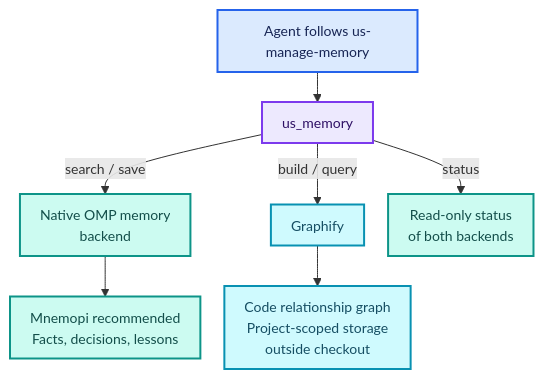
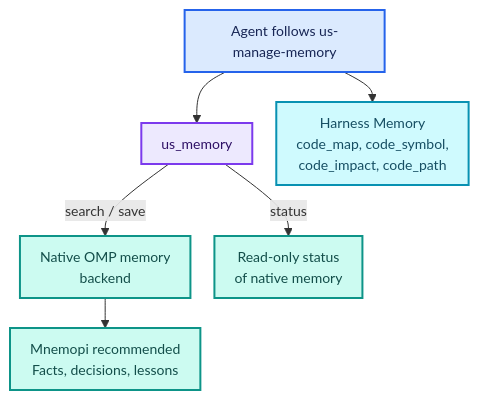
One commit to MSpiechowicz/harness-useful-skills changed the second of 2 diagrams in README.md. Above: the diagram before and after it, drawn with Mermaid. The commit also changed other lines of this file and 327 other files, not shown here.

First line of the commit message:
feat(code-graph): retire Graphify, nudge agents to the harness-memory code tools

````diff
--- a/README.md
+++ b/README.md
@@ -516,18 +515,17 @@
 ```mermaid
 flowchart TD
 %%{init: {"flowchart":{"useMaxWidth":true,"nodeSpacing":24,"rankSpacing":30,"padding":10,"wrappingWidth":160},"themeVariables":{"fontSize":"14px"}}}%%
     agent["Agent follows us-manage-memory"] --> tool["us_memory"]
     tool -->|search / save| native["Native OMP memory<br/>backend"]
     native --> facts["Mnemopi recommended<br/>Facts, decisions, lessons"]
-    tool -->|build / query| graphify["Graphify"]
-    graphify --> code["Code relationship graph<br/>Project-scoped storage<br/>outside checkout"]
-    tool -->|status| status["Read-only status<br/>of both backends"]
+    tool -->|status| status["Read-only status<br/>of native memory"]
+    agent --> code["Harness Memory<br/>code_map, code_symbol,<br/>code_impact, code_path"]
     classDef blue fill:#dbeafe,stroke:#2563eb,color:#172554,stroke-width:2px;
     classDef violet fill:#ede9fe,stroke:#7c3aed,color:#2e1065,stroke-width:2px;
     classDef teal fill:#ccfbf1,stroke:#0d9488,color:#134e4a,stroke-width:2px;
     classDef cyan fill:#cffafe,stroke:#0891b2,color:#164e63,stroke-width:2px;
     class agent blue;
     class tool violet;
     class native,facts,status teal;
-    class graphify,code cyan;
+    class code cyan;
 ```
````
